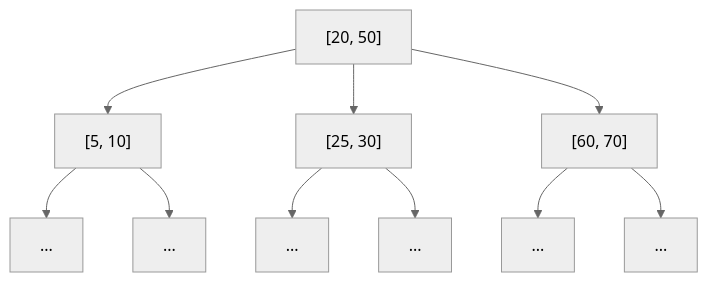
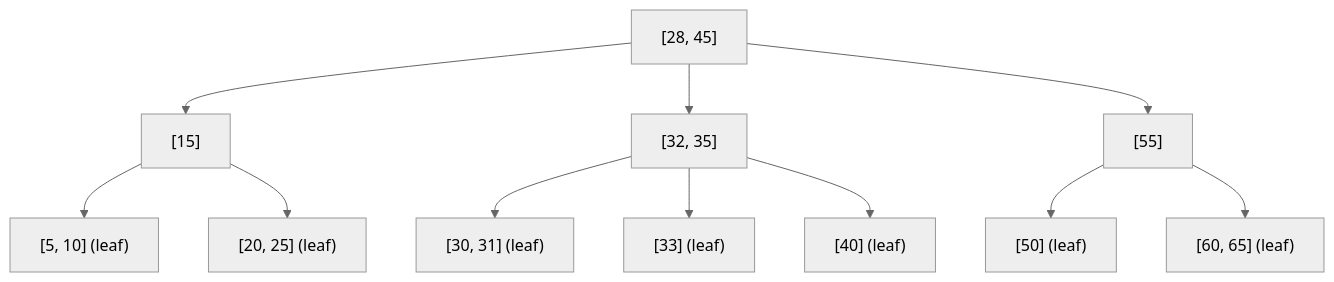
Before and after one commit to ChiuWeiChung/notes-markdown: the first of 14 diagrams in Data_Structure&Algorithm/data-structure/trees/b-tree/notes.md, drawn with Mermaid (neutral theme). The commit also changed other lines of this file and 2 other files, not shown here.

````diff
--- a/Data_Structure&Algorithm/data-structure/trees/b-tree/notes.md
+++ b/Data_Structure&Algorithm/data-structure/trees/b-tree/notes.md
@@ -44,25 +43,36 @@
 ```mermaid
 graph TD
-    R["[20, 50]"]
-    A["[5, 10]"]
-    B["[25, 30]"]
-    C["[60, 70]"]
+    %% Level 0
+    L0["[28, 45]"]
 
-    A1["..."]
-    A2["..."]
-    B1["..."]
-    B2["..."]
-    C1["..."]
-    C2["..."]
+    %% Level 1 nodes
+    L1A["[15]"]
+    L1B["[32, 35]"]
+    L1C["[55]"]
 
-    R --> A
-    R --> B
-    R --> C
+    %% Level 2 leaf nodes
+    L2A1["[5, 10] (leaf)"]
+    L2A2["[20, 25] (leaf)"]
 
-    A --> A1
-    A --> A2
-    B --> B1
-    B --> B2
-    C --> C1
-    C --> C2
+    L2B1["[30, 31] (leaf)"]
+    L2B2["[33] (leaf)"]
+    L2B3["[40] (leaf)"]
+
+    L2C1["[50] (leaf)"]
+    L2C2["[60, 65] (leaf)"]
+
+    %% Connections
+    L0 --> L1A
+    L0 --> L1B
+    L0 --> L1C
+
+    L1A --> L2A1
+    L1A --> L2A2
+
+    L1B --> L2B1
+    L1B --> L2B2
+    L1B --> L2B3
+
+    L1C --> L2C1
+    L1C --> L2C2
 ```
````
